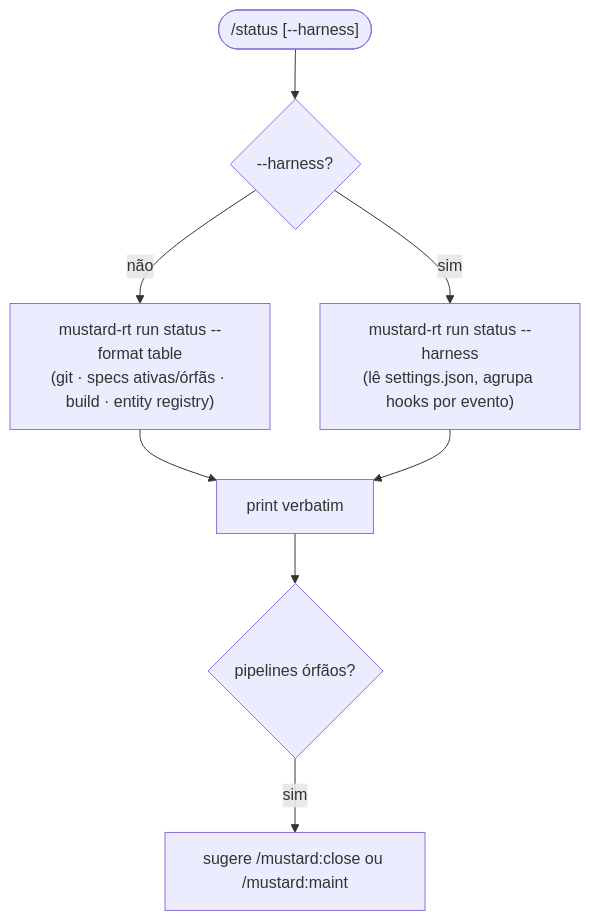
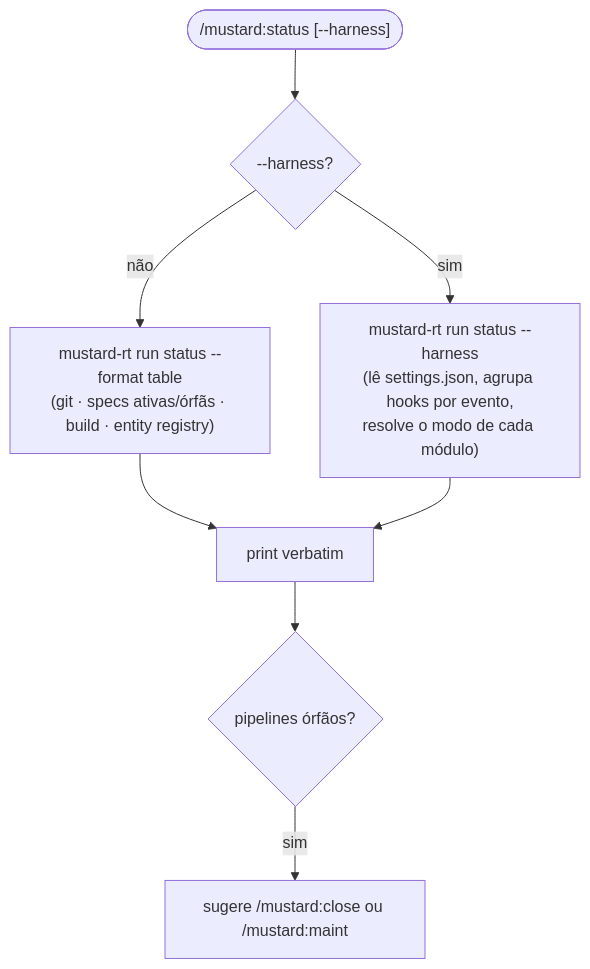
Diagram 15 of 20 in MUSTARD-COMMANDS.md (rubensrpj/mustard), drawn with Mermaid before and after one commit. The commit also changed other lines of this file and 35 other files, not shown here.

````diff
--- a/MUSTARD-COMMANDS.md
+++ b/MUSTARD-COMMANDS.md
@@ -472,10 +538,10 @@
 ```mermaid
 flowchart TD
-    start(["/status [--harness]"]) --> mode{"--harness?"}
+    start(["/mustard:status [--harness]"]) --> mode{"--harness?"}
     mode -->|não| st["mustard-rt run status --format table<br/>(git · specs ativas/órfãs · build · entity registry)"]
-    mode -->|sim| hn["mustard-rt run status --harness<br/>(lê settings.json, agrupa hooks por evento)"]
+    mode -->|sim| hn["mustard-rt run status --harness<br/>(lê settings.json, agrupa hooks por evento,<br/>resolve o modo de cada módulo)"]
     st --> print["print verbatim"]
     hn --> print
     print --> orphan{"pipelines órfãos?"}
     orphan -->|sim| suggest["sugere /mustard:close ou /mustard:maint"]
 ```
````
